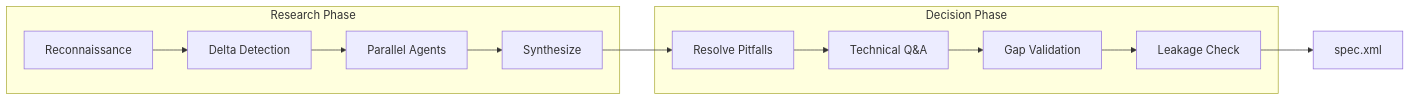
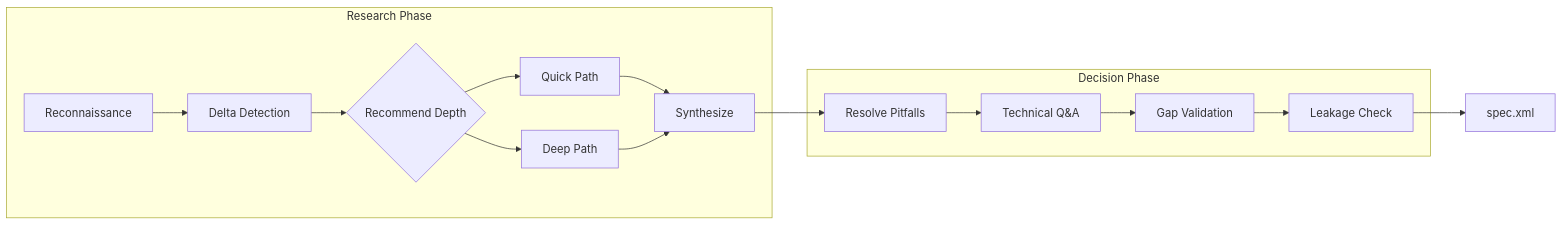
The diagram in .festinalente/product/skills/scope.md (mattfletcher94/festinalente), drawn with Mermaid before and after one commit. The commit also changed other lines of this file, not shown here.

Commit message:
docs(#41): product - adaptive research depth

````diff
--- a/.festinalente/product/skills/scope.md
+++ b/.festinalente/product/skills/scope.md
@@ -29,25 +29,30 @@
 ```mermaid
 flowchart LR
     subgraph "Research Phase"
         Recon[Reconnaissance]
         Delta[Delta Detection]
-        Agents[Parallel Agents]
+        Recommend{Recommend Depth}
+        Quick[Quick Path]
+        Deep[Deep Path]
         Synthesis[Synthesize]
     end
 
     subgraph "Decision Phase"
         Pitfalls[Resolve Pitfalls]
         QA[Technical Q&A]
         GapVal[Gap Validation]
         Leakage[Leakage Check]
     end
 
     Recon --> Delta
-    Delta --> Agents
-    Agents --> Synthesis
+    Delta --> Recommend
+    Recommend --> Quick
+    Recommend --> Deep
+    Quick --> Synthesis
+    Deep --> Synthesis
     Synthesis --> Pitfalls
     Pitfalls --> QA
     QA --> GapVal
     GapVal --> Leakage
     Leakage --> Spec[spec.xml]
 ```
````
